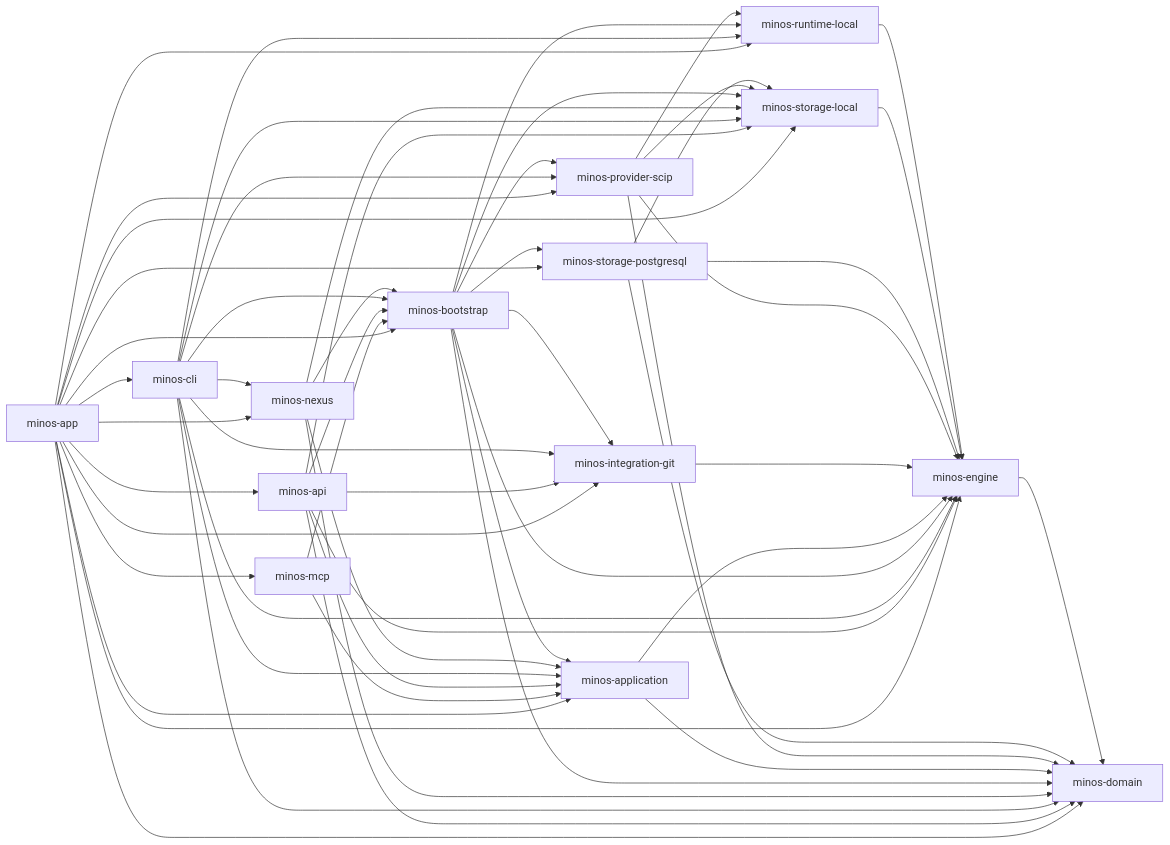
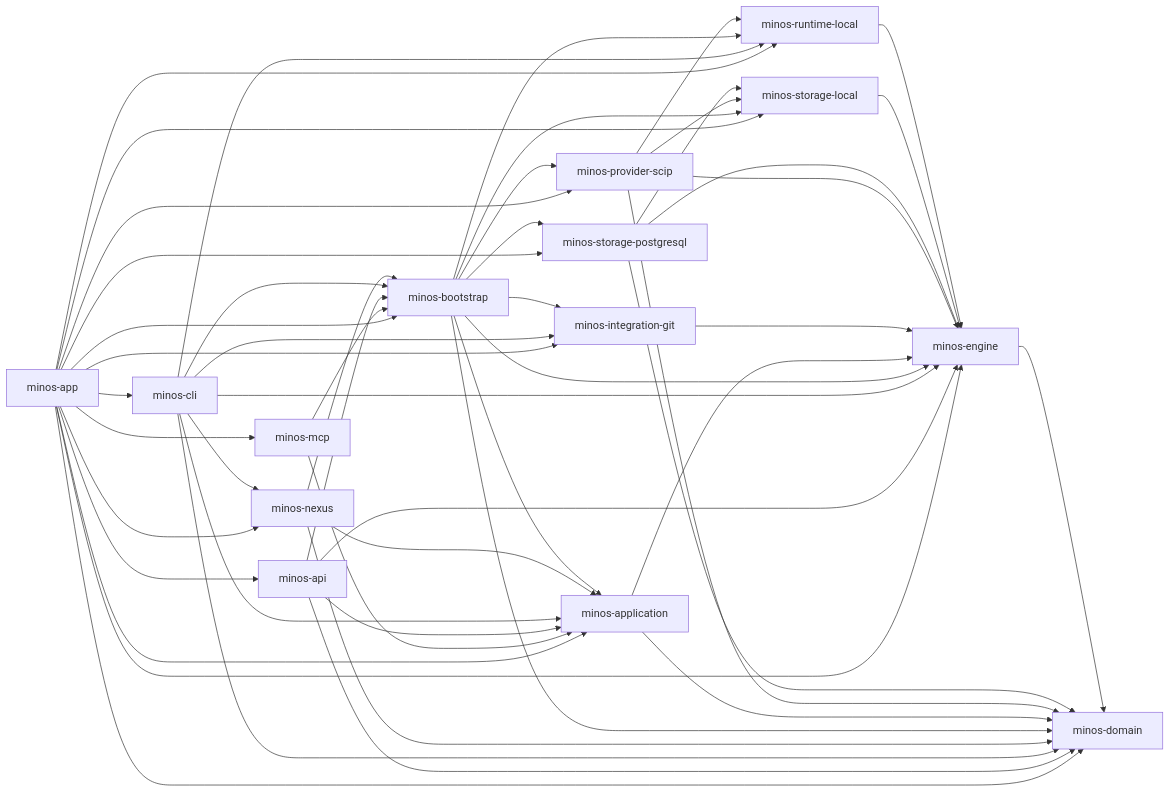
One commit to FTurleque/minos-code-intelligence changed the diagram in docs/architecture/diagrams/module-dependencies.md. Above: the diagram before and after it, drawn with Mermaid. The commit also changed other lines of this file and 4 other files, not shown here.

````diff
--- a/docs/architecture/diagrams/module-dependencies.md
+++ b/docs/architecture/diagrams/module-dependencies.md
@@ -8,72 +8,67 @@
 ```mermaid
 flowchart LR
     minos_domain["minos-domain"]
     minos_engine["minos-engine"]
     minos_runtime_local["minos-runtime-local"]
     minos_storage_local["minos-storage-local"]
     minos_storage_postgresql["minos-storage-postgresql"]
     minos_provider_scip["minos-provider-scip"]
     minos_integration_git["minos-integration-git"]
     minos_application["minos-application"]
     minos_bootstrap["minos-bootstrap"]
     minos_nexus["minos-nexus"]
     minos_cli["minos-cli"]
     minos_api["minos-api"]
     minos_mcp["minos-mcp"]
     minos_app["minos-app"]
     minos_engine --> minos_domain
     minos_runtime_local --> minos_engine
     minos_storage_local --> minos_engine
     minos_storage_postgresql --> minos_domain
     minos_storage_postgresql --> minos_engine
     minos_storage_postgresql --> minos_storage_local
     minos_provider_scip --> minos_domain
     minos_provider_scip --> minos_engine
     minos_provider_scip --> minos_runtime_local
     minos_provider_scip --> minos_storage_local
     minos_integration_git --> minos_engine
     minos_application --> minos_domain
     minos_application --> minos_engine
     minos_bootstrap --> minos_application
     minos_bootstrap --> minos_domain
     minos_bootstrap --> minos_engine
     minos_bootstrap --> minos_integration_git
     minos_bootstrap --> minos_provider_scip
     minos_bootstrap --> minos_runtime_local
     minos_bootstrap --> minos_storage_local
     minos_bootstrap --> minos_storage_postgresql
     minos_nexus --> minos_application
     minos_nexus --> minos_bootstrap
     minos_nexus --> minos_domain
-    minos_nexus --> minos_storage_local
     minos_cli --> minos_application
     minos_cli --> minos_bootstrap
     minos_cli --> minos_domain
     minos_cli --> minos_engine
     minos_cli --> minos_integration_git
     minos_cli --> minos_nexus
-    minos_cli --> minos_provider_scip
     minos_cli --> minos_runtime_local
-    minos_cli --> minos_storage_local
     minos_api --> minos_application
     minos_api --> minos_bootstrap
     minos_api --> minos_domain
     minos_api --> minos_engine
-    minos_api --> minos_integration_git
-    minos_api --> minos_storage_local
     minos_mcp --> minos_application
     minos_mcp --> minos_bootstrap
     minos_app --> minos_api
     minos_app --> minos_application
     minos_app --> minos_bootstrap
     minos_app --> minos_cli
     minos_app --> minos_domain
     minos_app --> minos_engine
     minos_app --> minos_integration_git
     minos_app --> minos_mcp
     minos_app --> minos_nexus
     minos_app --> minos_provider_scip
     minos_app --> minos_runtime_local
     minos_app --> minos_storage_local
     minos_app --> minos_storage_postgresql
 ```
````
